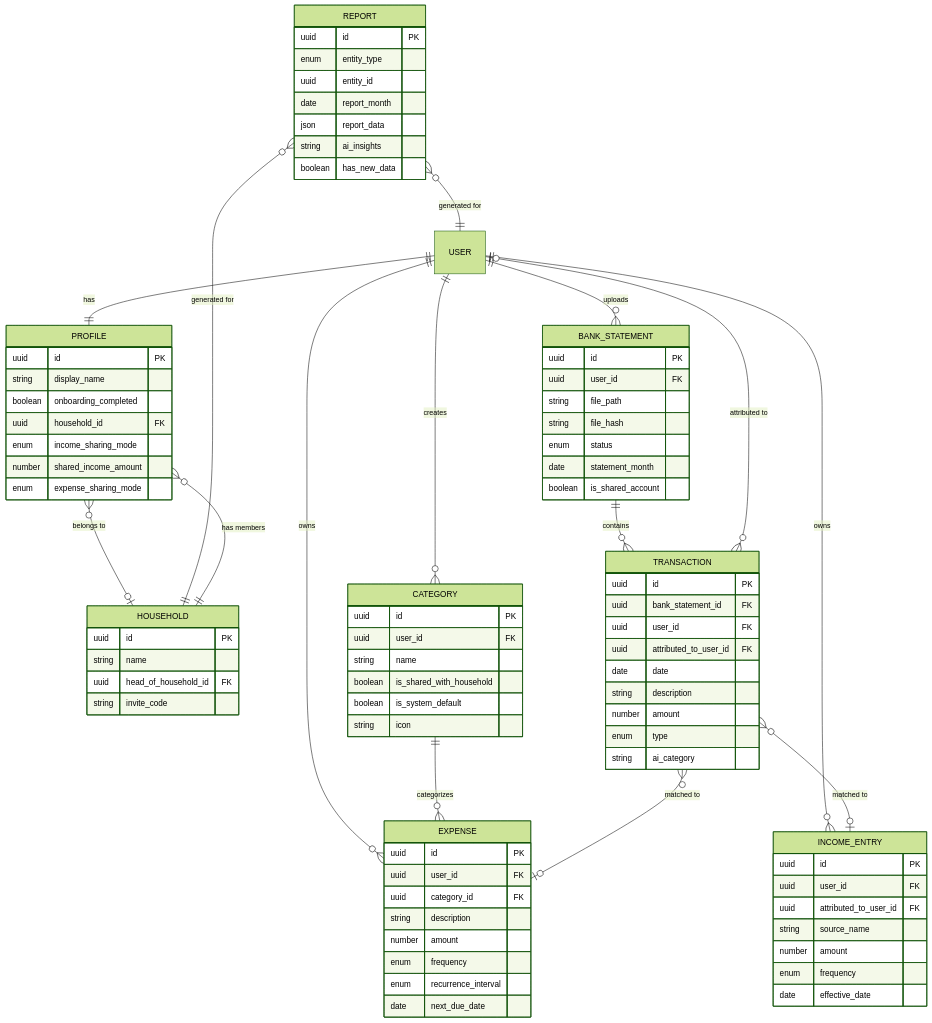
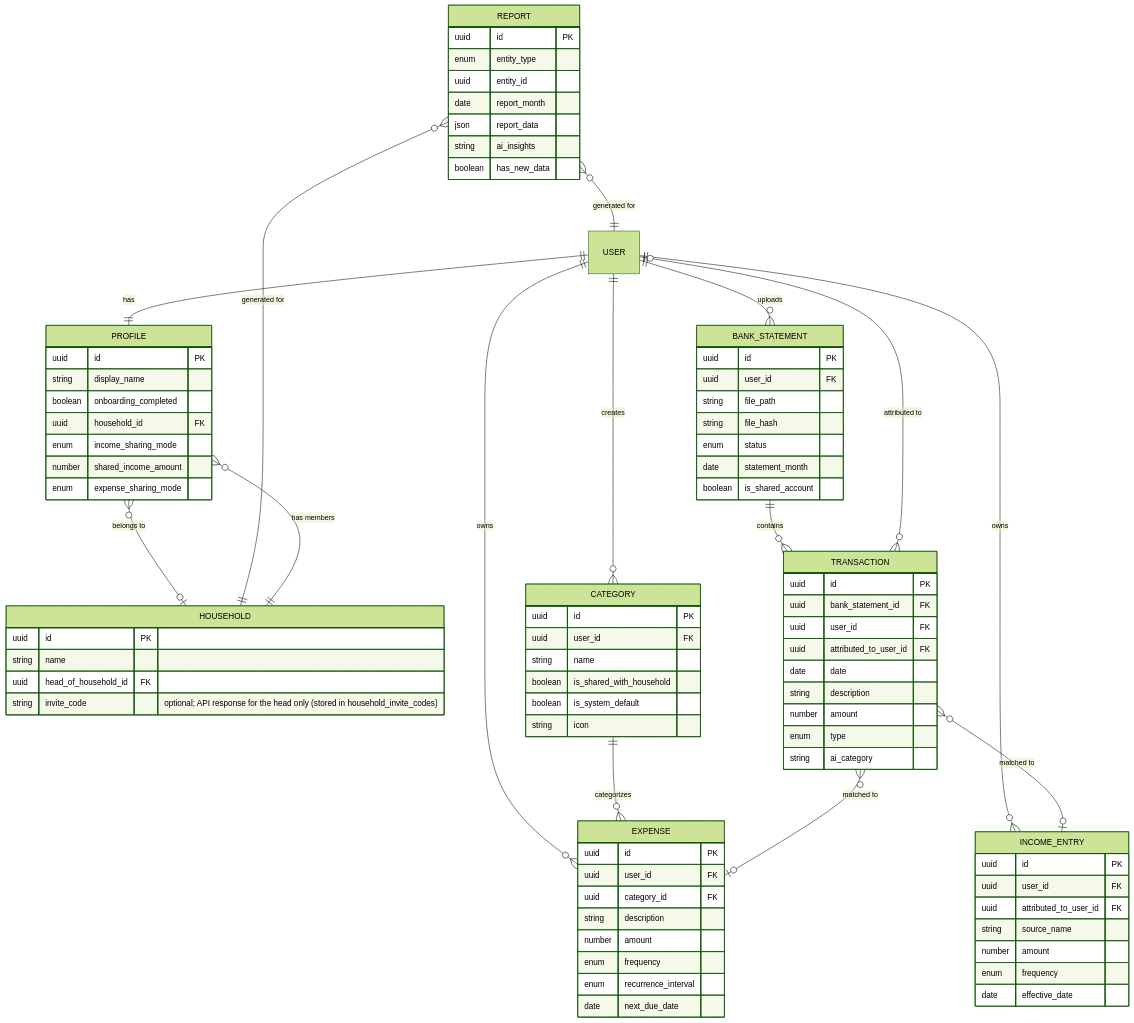
The second of 2 diagrams in packages/shared/README.md (mjmitchell86/Spendoza), drawn with Mermaid (forest theme) before and after one commit. The commit also changed 3 other files, not shown here.

```diff
--- a/packages/shared/README.md
+++ b/packages/shared/README.md
@@ -89,7 +89,7 @@
         uuid id PK
         string name
         uuid head_of_household_id FK
-        string invite_code
+        string invite_code "optional; API response for the head only (stored in household_invite_codes)"
     }
 
     CATEGORY {
```
